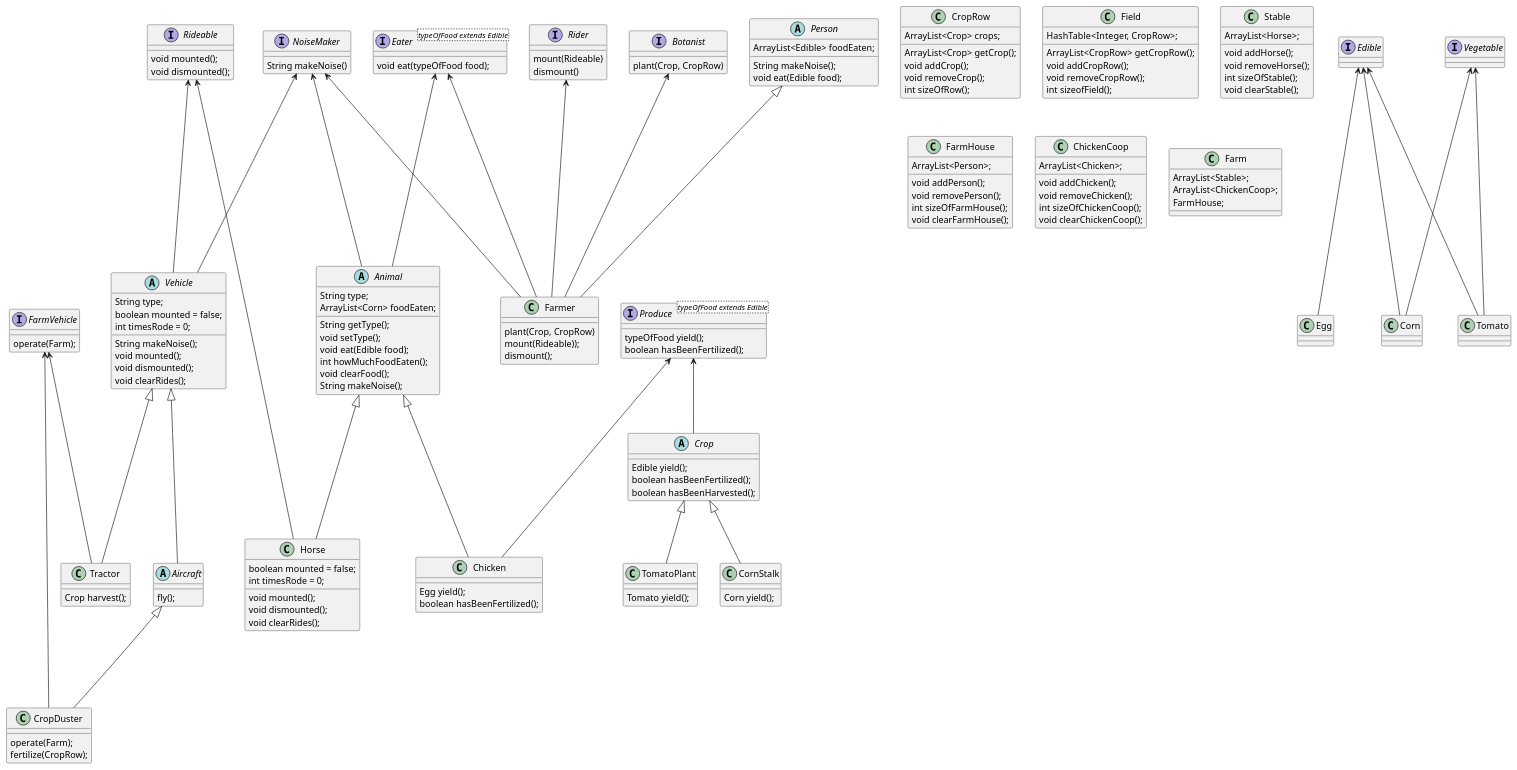
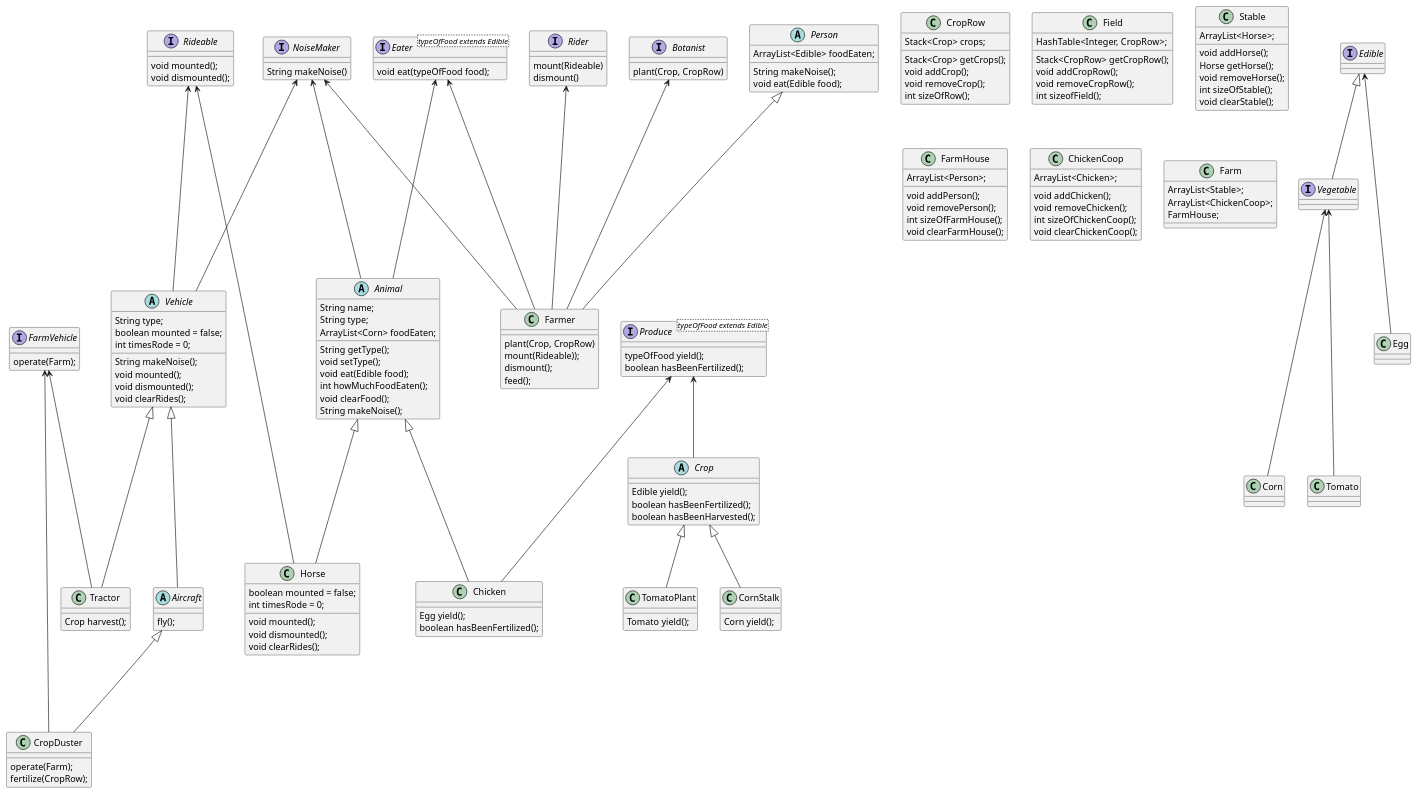
The diagram in FroliansFarmUML.puml (xyuan04/Maven.FarmerFroilan), drawn with PlantUML before and after one commit. The commit also changed 27 other files, not shown here.

```diff
--- a/FroliansFarmUML.puml
+++ b/FroliansFarmUML.puml
@@ -1,6 +1,7 @@
 @startuml
 
 abstract class Animal {
+String name;
 String type;
 ArrayList<Corn> foodEaten;
 
@@ -77,9 +78,9 @@
 }
 
 class CropRow {
-ArrayList<Crop> crops;
+Stack<Crop> crops;
 
-ArrayList<Crop> getCrop();
+Stack<Crop> getCrops();
 void addCrop();
 void removeCrop();
 int sizeOfRow();
@@ -88,7 +89,7 @@
 class Field {
 HashTable<Integer, CropRow>;
 
-ArrayList<CropRow> getCropRow();
+Stack<CropRow> getCropRow();
 void addCropRow();
 void removeCropRow();
 int sizeofField();
@@ -133,12 +134,14 @@
 plant(Crop, CropRow)
 mount(Rideable));
 dismount();
+feed();
 }
 
 class Stable {
 ArrayList<Horse>;
 
 void addHorse();
+Horse getHorse();
 void removeHorse();
 int sizeOfStable();
 void clearStable();
@@ -194,8 +197,6 @@
 Aircraft <|--- CropDuster
 
 Edible <--- Egg
-Edible <--- Tomato
-Edible <--- Corn
 
 Produce <-- Crop
 
@@ -209,6 +210,8 @@
 Rider <--- Farmer
 Botanist <--- Farmer
 
+Edible <|-- Vegetable
+
 Vegetable <--- Corn
 Vegetable <--- Tomato
 
```
